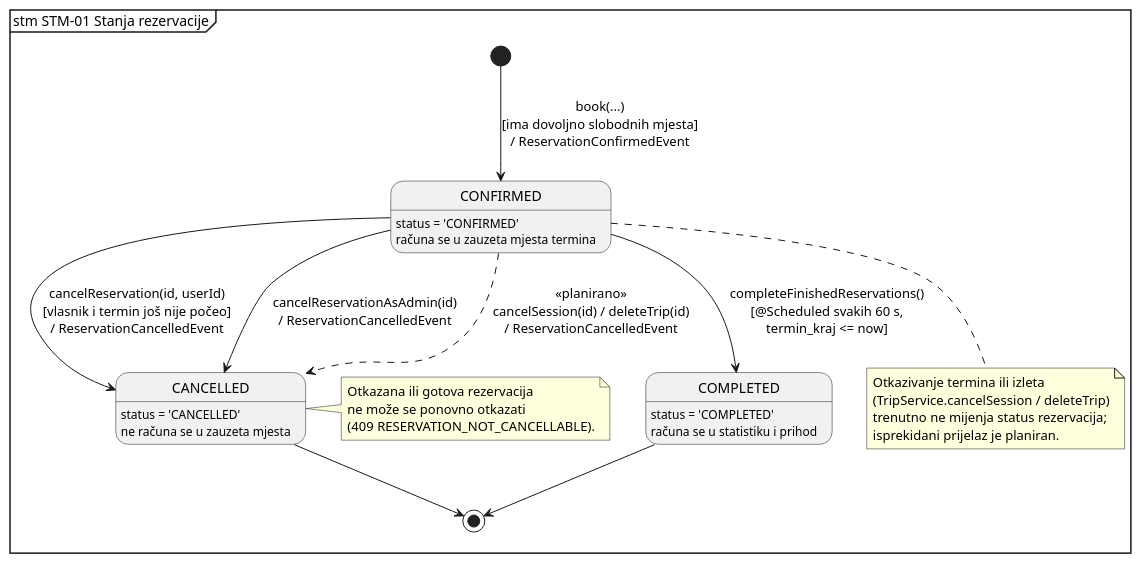
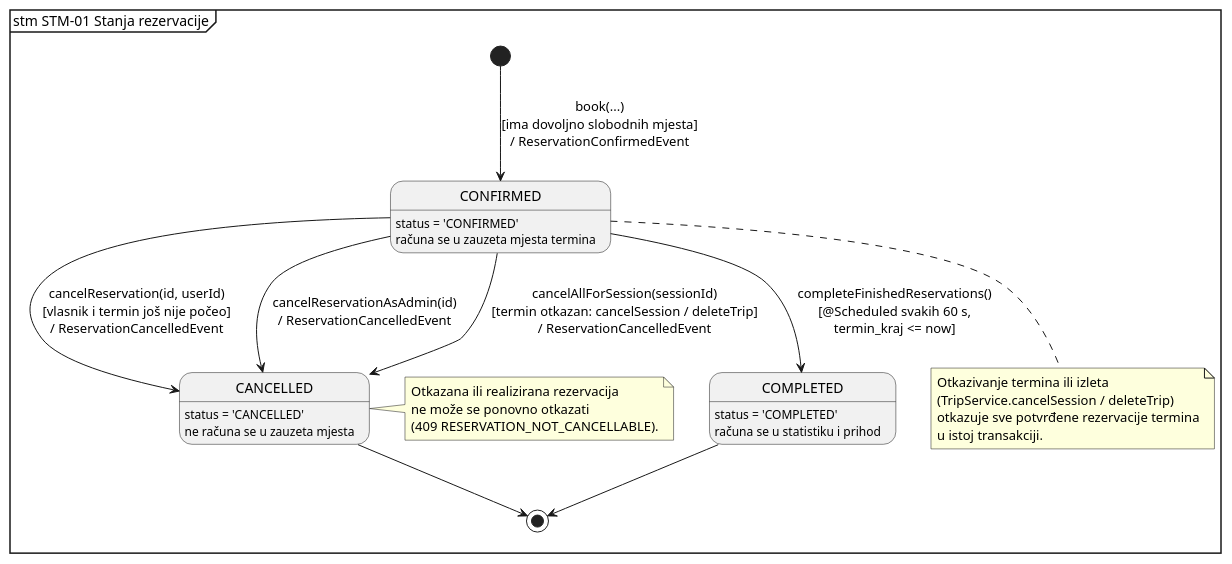
Before and after one commit to MatijaKovacic12/ProgiProjekt-11.4: the diagram in docs/puml/4-5-touristagency-reservation-SM.puml, drawn with PlantUML. The commit also changed 17 other files, not shown here.

```diff
--- a/docs/puml/4-5-touristagency-reservation-SM.puml
+++ b/docs/puml/4-5-touristagency-reservation-SM.puml
@@ -1,35 +1,35 @@
 @startuml 4-5-touristagency-reservation-SM
 ' STM-01 Stanja rezervacije (Reservation.status, enum ReservationStatus)
-' Zahtjevi: FR-09, FR-10, FR-13, FR-22. Prijelazi su zapisani kao: događaj [uvjet] / akcija
+' Zahtjevi: FR-08, FR-09, FR-12, FR-21. Prijelazi su zapisani kao: događaj [uvjet] / akcija
 mainframe stm STM-01 Stanja rezervacije
 skinparam shadowing false
 hide empty description
 
 [*] --> CONFIRMED : book(...)\n[ima dovoljno slobodnih mjesta]\n/ ReservationConfirmedEvent
 
 state CONFIRMED : status = 'CONFIRMED'\nračuna se u zauzeta mjesta termina
 state CANCELLED : status = 'CANCELLED'\nne računa se u zauzeta mjesta
 state COMPLETED : status = 'COMPLETED'\nračuna se u statistiku i prihod
 
 CONFIRMED --> CANCELLED : cancelReservation(id, userId)\n[vlasnik i termin još nije počeo]\n/ ReservationCancelledEvent
 CONFIRMED --> CANCELLED : cancelReservationAsAdmin(id)\n/ ReservationCancelledEvent
 CONFIRMED --> COMPLETED : completeFinishedReservations()\n[@Scheduled svakih 60 s,\ntermin_kraj <= now]
 
-CONFIRMED -[dashed]-> CANCELLED : «planirano»\ncancelSession(id) / deleteTrip(id)\n/ ReservationCancelledEvent
+CONFIRMED --> CANCELLED : cancelAllForSession(sessionId)\n[termin otkazan: cancelSession / deleteTrip]\n/ ReservationCancelledEvent
 
 CANCELLED --> [*]
 COMPLETED --> [*]
 
 note right of CANCELLED
-  Otkazana ili gotova rezervacija
+  Otkazana ili realizirana rezervacija
   ne može se ponovno otkazati
   (409 RESERVATION_NOT_CANCELLABLE).
 end note
 
 note bottom of CONFIRMED
   Otkazivanje termina ili izleta
   (TripService.cancelSession / deleteTrip)
-  trenutno ne mijenja status rezervacija;
-  isprekidani prijelaz je planiran.
+  otkazuje sve potvrđene rezervacije termina
+  u istoj transakciji.
 end note
 @enduml
```
